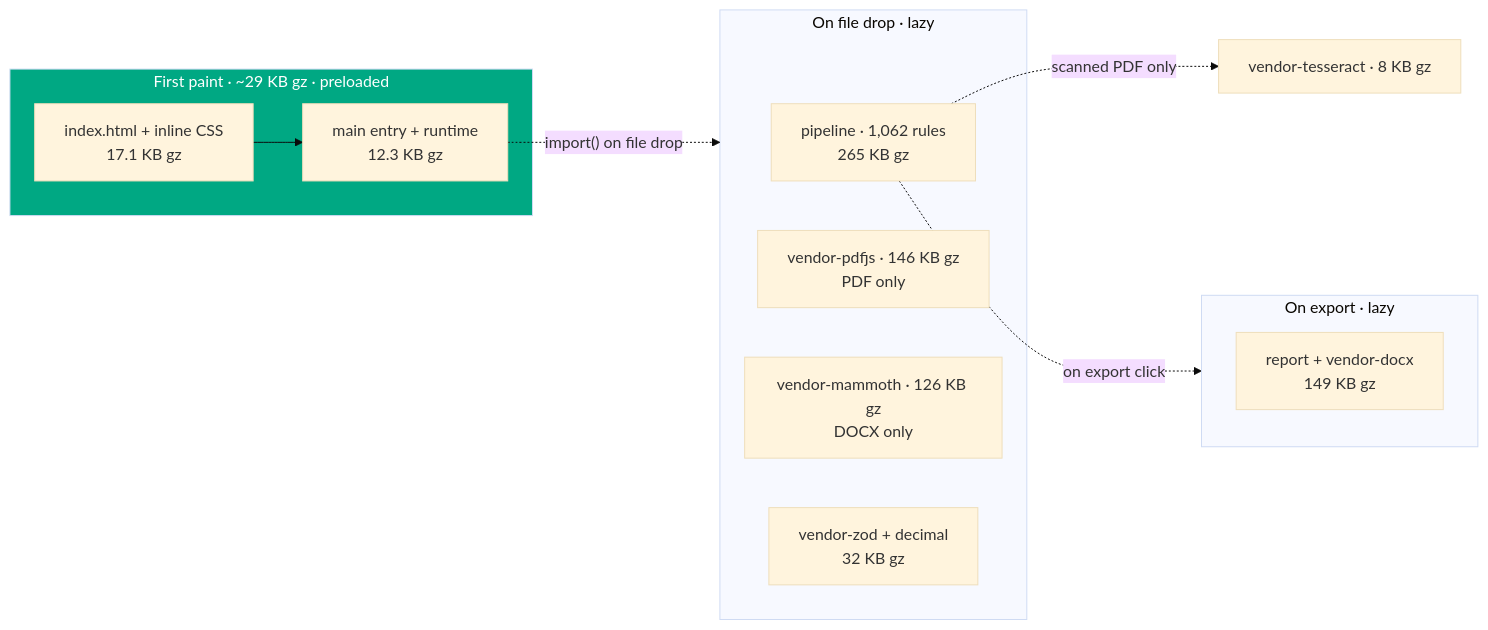
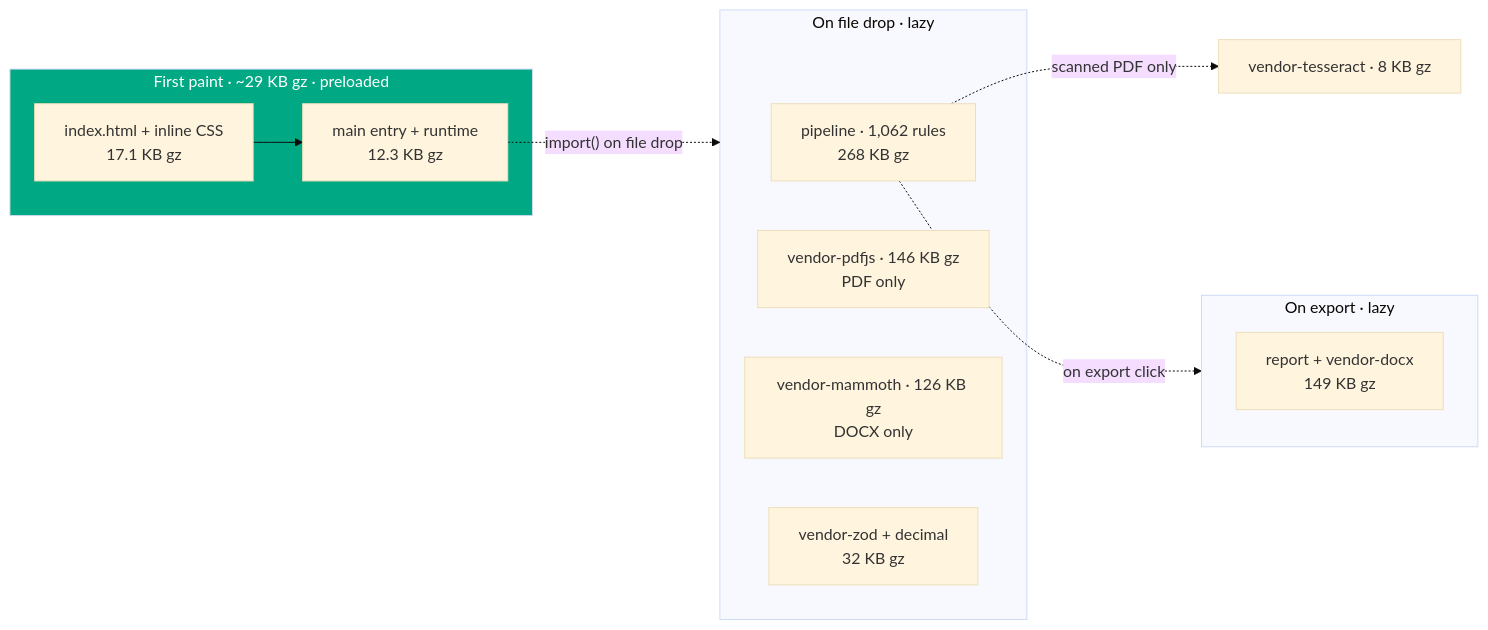
Before and after one commit to clay-good/vaulytica: the fifth of 6 diagrams in README.md, drawn with Mermaid (base theme). The commit also changed other lines of this file and 7 other files, not shown here.

````diff
--- a/README.md
+++ b/README.md
@@ -202,19 +220,19 @@
 ```mermaid
 flowchart LR
   subgraph FP["First paint · ~29 KB gz · preloaded"]
     H[index.html + inline CSS<br/>17.1 KB gz] --> M[main entry + runtime<br/>12.3 KB gz]
   end
   M -. "import() on file drop" .-> DROP
   subgraph DROP["On file drop · lazy"]
-    P[pipeline · 1,062 rules<br/>265 KB gz]
+    P[pipeline · 1,062 rules<br/>268 KB gz]
     PDF[vendor-pdfjs · 146 KB gz<br/>PDF only]
     DOCXIN[vendor-mammoth · 126 KB gz<br/>DOCX only]
     Z[vendor-zod + decimal<br/>32 KB gz]
   end
   P -. "on export click" .-> EXP
   subgraph EXP["On export · lazy"]
     RPT[report + vendor-docx<br/>149 KB gz]
   end
   P -. "scanned PDF only" .-> OCR[vendor-tesseract · 8 KB gz]
   style FP fill:#00A883,color:#fff
 ```
````
